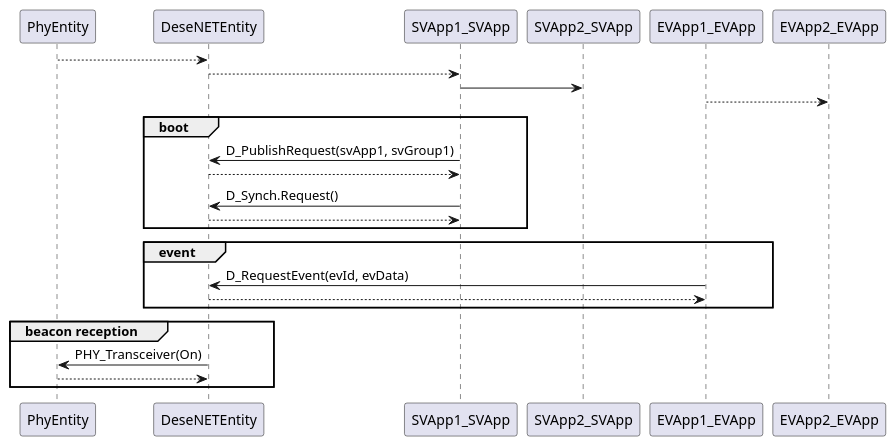
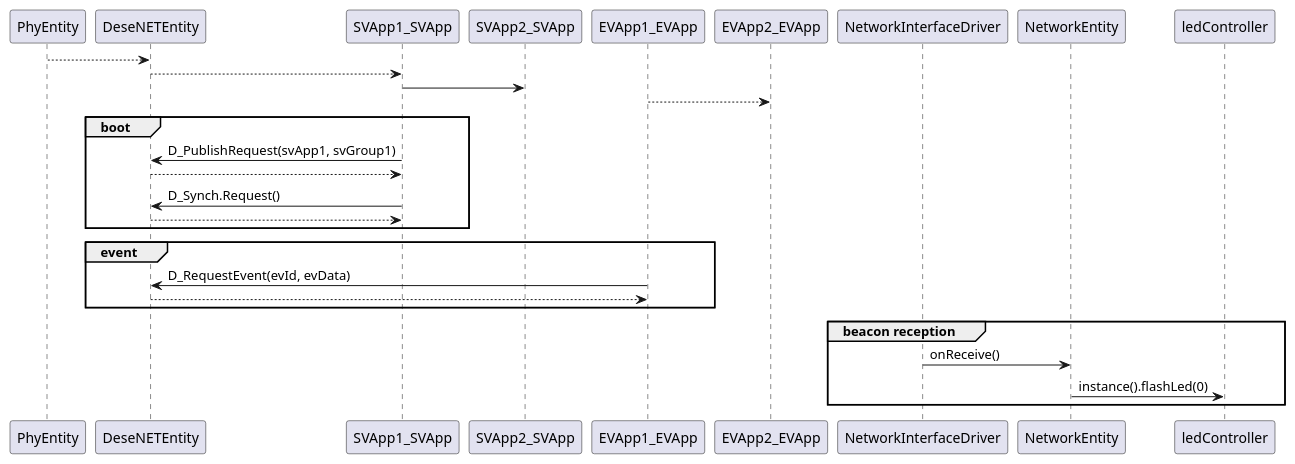
One commit to SebastienDeriaz/DeSEm_Projet changed the diagram in sequence.wsd. Above: the diagram before and after it, drawn with PlantUML. The commit also changed 1 other file, not shown here.

Commit message:
add led sequence

```diff
--- a/sequence.wsd
+++ b/sequence.wsd
@@ -1,31 +1,32 @@
 @startuml
 
 PhyEntity --> DeseNETEntity
 DeseNETEntity -->  SVApp1_SVApp
 SVApp1_SVApp -> SVApp2_SVApp
 EVApp1_EVApp --> EVApp2_EVApp
 group boot
 SVApp1_SVApp -> DeseNETEntity : D_PublishRequest(svApp1, svGroup1)
 SVApp1_SVApp <-- DeseNETEntity
 
 
 SVApp1_SVApp -> DeseNETEntity : D_Synch.Request()
 SVApp1_SVApp <-- DeseNETEntity
 end
 
 group event
 EVApp1_EVApp -> DeseNETEntity : D_RequestEvent(evId, evData)
 EVApp1_EVApp <-- DeseNETEntity
 end
 
 group beacon reception
-DeseNETEntity -> PhyEntity : PHY_Transceiver(On)
-DeseNETEntity <-- PhyEntity
+/'DeseNETEntity -> PhyEntity : PHY_Transceiver(On)
+DeseNETEntity <-- PhyEntity'/
 
-
+NetworkInterfaceDriver -> NetworkEntity : onReceive()
+NetworkEntity -> ledController : instance().flashLed(0)
 end
 
 
 
 
 @enduml
```
